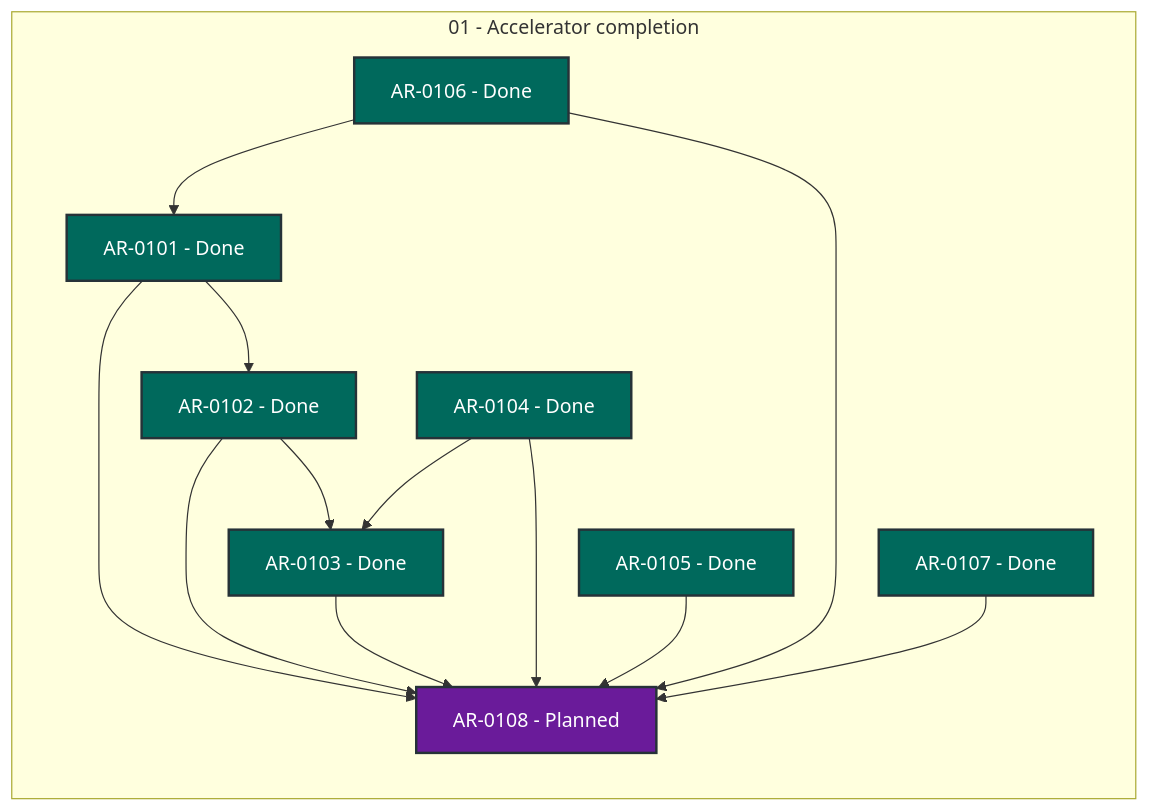
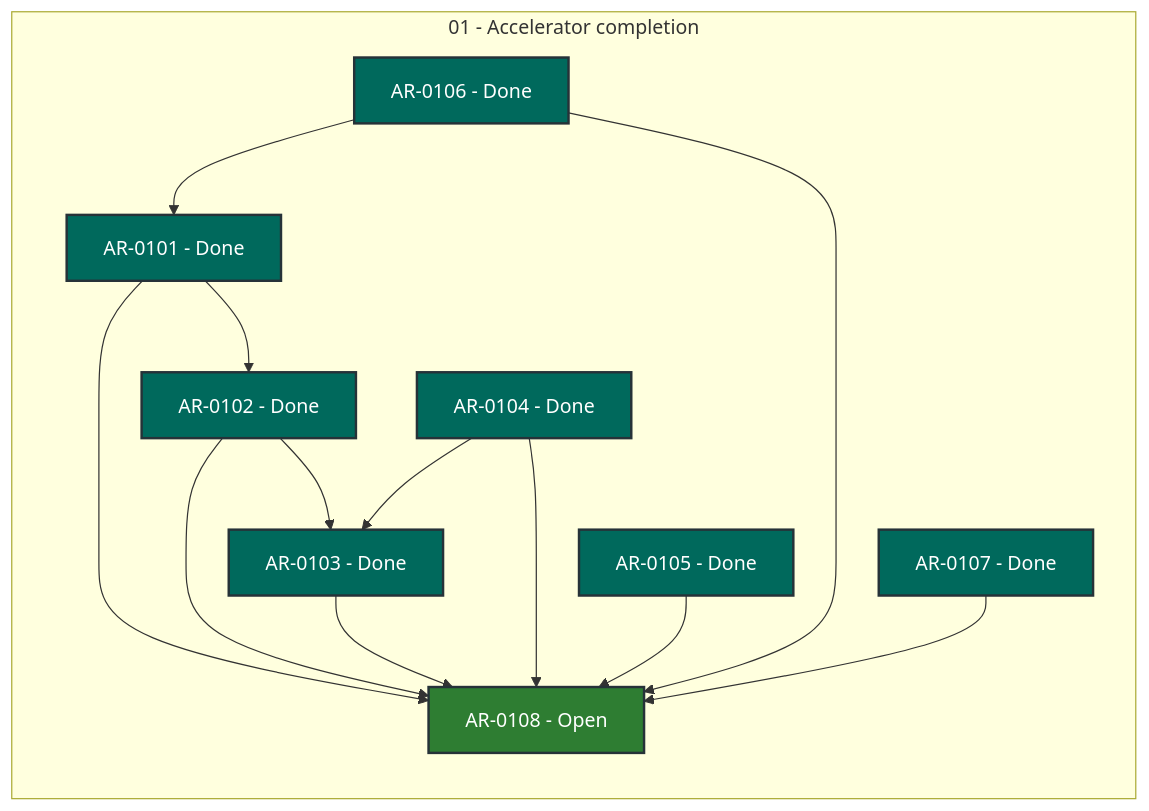
Before and after one commit to locutus3009/exgame: the diagram in coordination/STATUS.md, drawn with Mermaid. The commit also changed other lines of this file and 2 other files, not shown here.

````diff
--- a/coordination/STATUS.md
+++ b/coordination/STATUS.md
@@ -28,34 +28,34 @@
 ```mermaid
 flowchart LR
     subgraph series_01["01 - Accelerator completion"]
         direction TB
         AR_0101["AR-0101 - Done"]:::status_done
         AR_0102["AR-0102 - Done"]:::status_done
         AR_0103["AR-0103 - Done"]:::status_done
         AR_0104["AR-0104 - Done"]:::status_done
         AR_0105["AR-0105 - Done"]:::status_done
         AR_0106["AR-0106 - Done"]:::status_done
         AR_0107["AR-0107 - Done"]:::status_done
-        AR_0108["AR-0108 - Planned"]:::status_planned
+        AR_0108["AR-0108 - Open"]:::status_open
     end
     AR_0101 --> AR_0102
     AR_0101 --> AR_0108
     AR_0102 --> AR_0103
     AR_0102 --> AR_0108
     AR_0103 --> AR_0108
     AR_0104 --> AR_0103
     AR_0104 --> AR_0108
     AR_0105 --> AR_0108
     AR_0106 --> AR_0101
     AR_0106 --> AR_0108
     AR_0107 --> AR_0108
     classDef status_in_progress fill:#1565c0,color:#ffffff,stroke:#263238,stroke-width:2px
     classDef status_in_review fill:#ad1457,color:#ffffff,stroke:#263238,stroke-width:2px
     classDef status_open fill:#2e7d32,color:#ffffff,stroke:#263238,stroke-width:2px
     classDef status_blocked fill:#c62828,color:#ffffff,stroke:#263238,stroke-width:2px
     classDef status_planned fill:#6a1b9a,color:#ffffff,stroke:#263238,stroke-width:2px
     classDef status_future fill:#455a64,color:#ffffff,stroke:#263238,stroke-width:2px
     classDef status_done fill:#00695c,color:#ffffff,stroke:#263238,stroke-width:2px
     classDef status_cancelled fill:#616161,color:#ffffff,stroke:#263238,stroke-width:2px
     classDef status_superseded fill:#5d4037,color:#ffffff,stroke:#263238,stroke-width:2px
 ```
````
